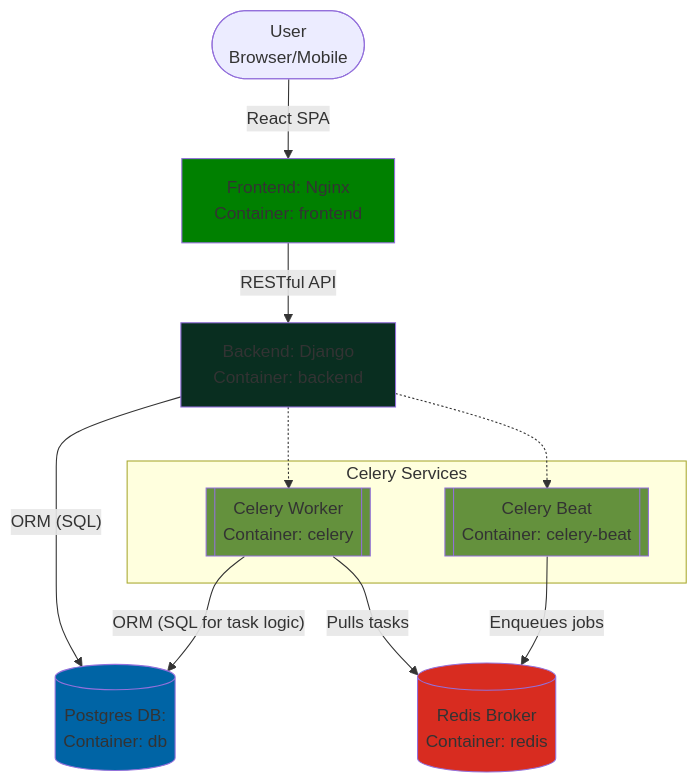
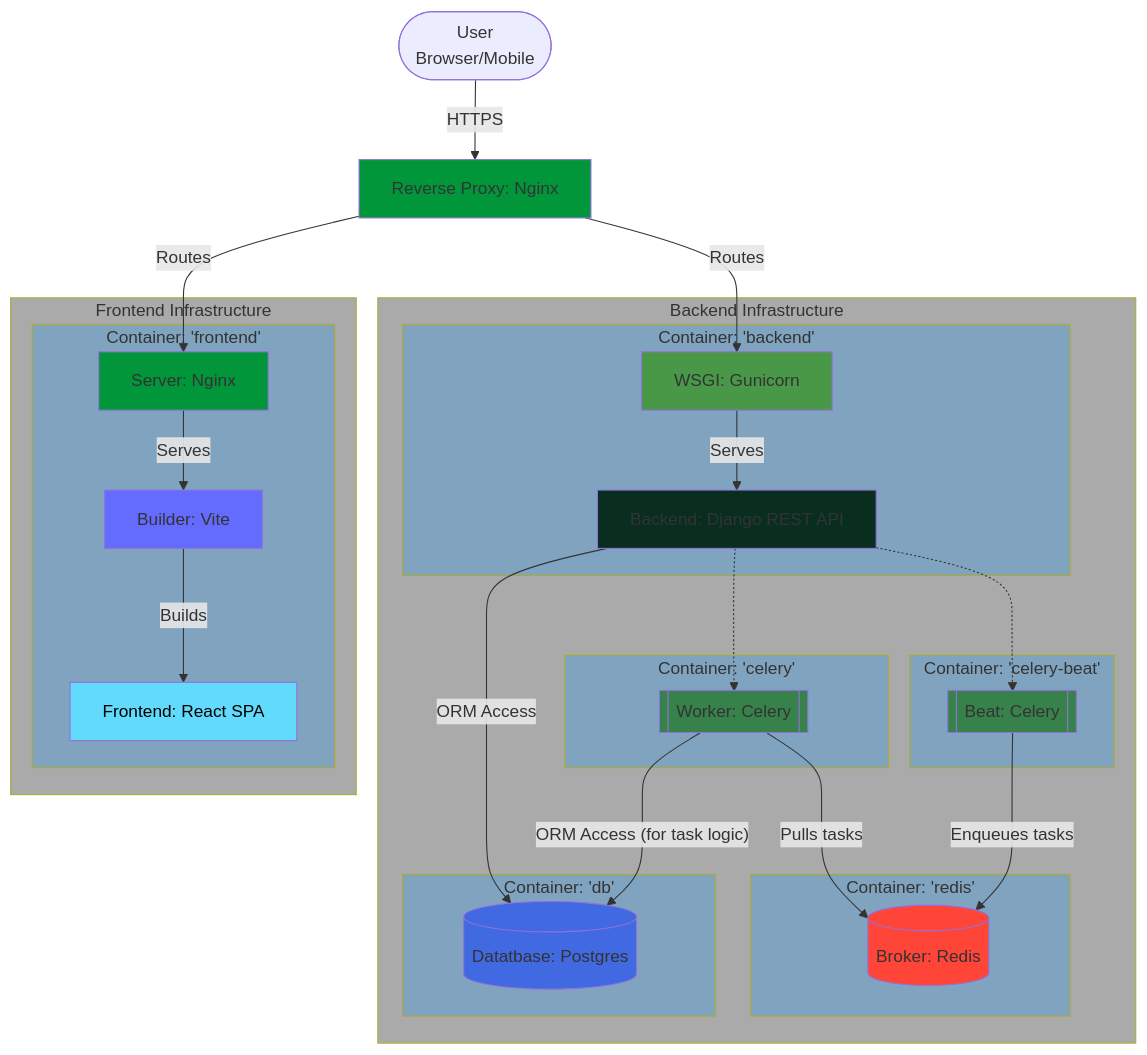
One commit to LorenzoFerreyra/barbermanager changed the first of 2 diagrams in README.md. Above: the diagram before and after it, drawn with Mermaid. The commit also changed other lines of this file and 1 other file, not shown here.

````diff
--- a/README.md
+++ b/README.md
@@ -66,31 +60,77 @@
 ```mermaid
 flowchart TD
     US([User <br> Browser/Mobile])
-    FE[Frontend: Nginx <br> Container: frontend]
-    BE[Backend: Django <br> Container: backend]
-    RD[(Redis Broker <br> Container: redis)]
-    PG[(Postgres DB: <br> Container: db)]
 
-    subgraph Celery Services
-        CW[[Celery Worker <br> Container: celery]]
-        CB[[Celery Beat  <br> Container: celery-beat]]
+    RP[Reverse Proxy: Nginx]
+
+    subgraph FrontendInfra[Frontend Infrastructure]
+      subgraph frontend[Container: 'frontend']
+        SF[Server: Nginx]
+        BL[Builder: Vite]
+        FE[Frontend: React SPA]
+      end
     end
 
-    US -- React SPA --> FE
-    FE -- RESTful API  --> BE
+    subgraph BackendInfra[Backend Infrastructure]
+      subgraph backend[Container: 'backend']
+        SB[WSGI: Gunicorn]
+        BE[Backend: Django REST API]
+      end
 
-    BE -.-> CW
-    BE -.-> CB
+      subgraph celery[Container: 'celery']
+          CW[[Worker: Celery]]
+      end
 
-    BE -- ORM (SQL) --> PG
-    CW -- ORM (SQL for task logic) --> PG
+      subgraph celery-beat[Container: 'celery-beat']
+          CB[[Beat: Celery]]
+      end
+
+      subgraph db[Container: 'db']
+        PG[(Datatbase: Postgres)]
+      end
+
+      subgraph redis[Container: 'redis']
+        RD[(Broker: Redis)]
+      end
+    end
+
+    %% User
+    US -- HTTPS --> RP
+    RP -- Routes --> SF
+    RP -- Routes --> SB
+
+    %% Frontend Infrastructutre
+    SF -- Serves --> BL
+    BL -- Builds --> FE
+
+    %% Backend Infrastructutre
+    SB -- Serves --> BE
+    BE -- ORM Access --> PG
+    CW -- ORM Access (for task logic) --> PG
     CW -- Pulls tasks --> RD
-    CB -- Enqueues jobs --> RD
+    CB -- Enqueues tasks --> RD
+    BE .-> CW
+    BE .-> CB
 
-    style FE fill:#008000
+    style FrontendInfra fill:#0005
+    style BackendInfra fill:#0005
+
+    style frontend fill:#2496ED50
+    style backend fill:#2496ED50
+    style celery fill:#2496ED50
+    style celery-beat fill:#2496ED50
+    style db fill:#2496ED50
+    style redis fill:#2496ED50
+
+    style SF fill:#009639
+    style BL fill:#646CFF
+    style FE fill:#61DAFB
+    style FE color:#000
+    style RP fill:#009639
     style BE fill:#092e20
-    style RD fill:#D82C20
-    style PG fill:#0064a5
-    style CW fill:#64913D
-    style CB fill:#64913D
+    style SB fill:#499848
+    style RD fill:#FF4438
+    style PG fill:#4169E1
+    style CW fill:#37814A
+    style CB fill:#37814A
 ```
````
